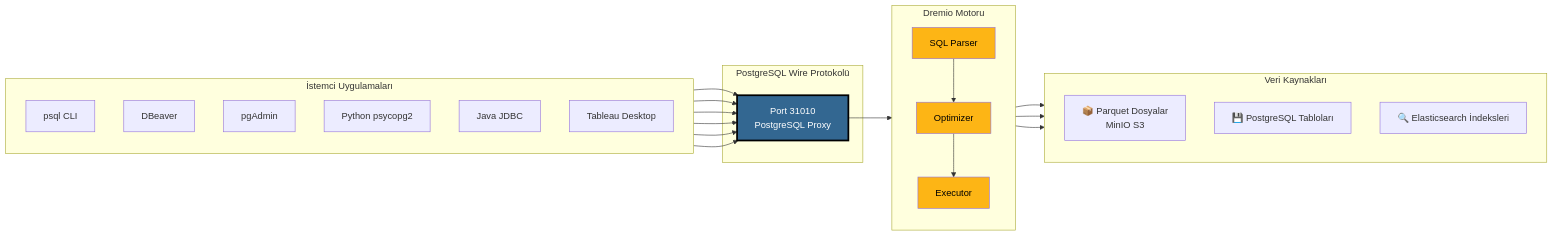
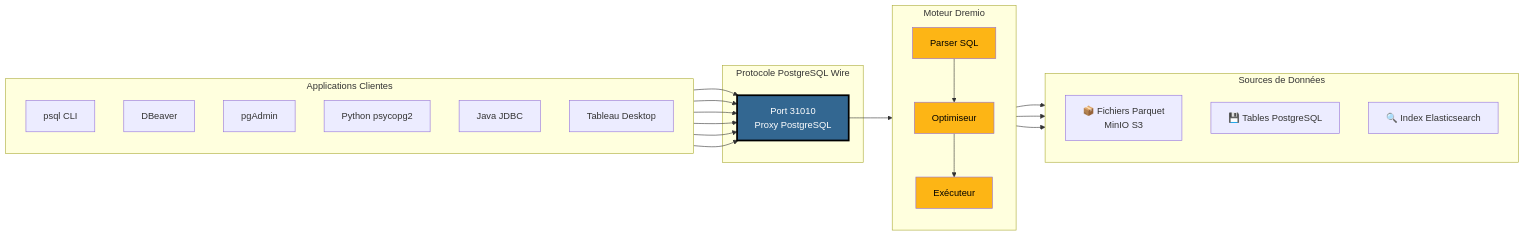
One commit to Monsau/Talentys-OSS-Data-Platform changed the second of 9 diagrams in docs/i18n/tr/architecture/dremio-ports-visual.md. Above: the diagram before and after it, drawn with Mermaid. The commit also changed other lines of this file and 485 other files, not shown here.

First line of the commit message:
feat: v1.1.0 - Complete i18n roadmap, AI services, and data platform

````diff
--- a/docs/i18n/tr/architecture/dremio-ports-visual.md
+++ b/docs/i18n/tr/architecture/dremio-ports-visual.md
@@ -70,44 +70,44 @@
 ```mermaid
 graph LR
-    subgraph "İstemci Uygulamaları"
+    subgraph "Applications Clientes"
         direction TB
         A1[psql CLI]
         A2[DBeaver]
         A3[pgAdmin]
         A4[Python psycopg2]
         A5[Java JDBC]
         A6[Tableau Desktop]
     end
     
-    subgraph "PostgreSQL Wire Protokolü"
-        P[Port 31010<br/>PostgreSQL Proxy]
+    subgraph "Protocole PostgreSQL Wire"
+        P[Port 31010<br/>Proxy PostgreSQL]
     end
     
-    subgraph "Dremio Motoru"
+    subgraph "Moteur Dremio"
         direction TB
-        M1[SQL Parser]
-        M2[Optimizer]
-        M3[Executor]
+        M1[Parser SQL]
+        M2[Optimiseur]
+        M3[Exécuteur]
     end
     
-    subgraph "Veri Kaynakları"
+    subgraph "Sources de Données"
         direction TB
-        S1[📦 Parquet Dosyalar<br/>MinIO S3]
-        S2[💾 PostgreSQL Tabloları]
-        S3[🔍 Elasticsearch İndeksleri]
+        S1[📦 Fichiers Parquet<br/>MinIO S3]
+        S2[💾 Tables PostgreSQL]
+        S3[🔍 Index Elasticsearch]
     end
     
     A1 & A2 & A3 --> P
     A4 & A5 & A6 --> P
     
     P --> M1
     M1 --> M2
     M2 --> M3
     
     M3 --> S1 & S2 & S3
     
     style P fill:#336791,color:#fff,stroke:#000,stroke-width:3px
     style M1 fill:#FDB515,color:#000
     style M2 fill:#FDB515,color:#000
     style M3 fill:#FDB515,color:#000
 ```
````
